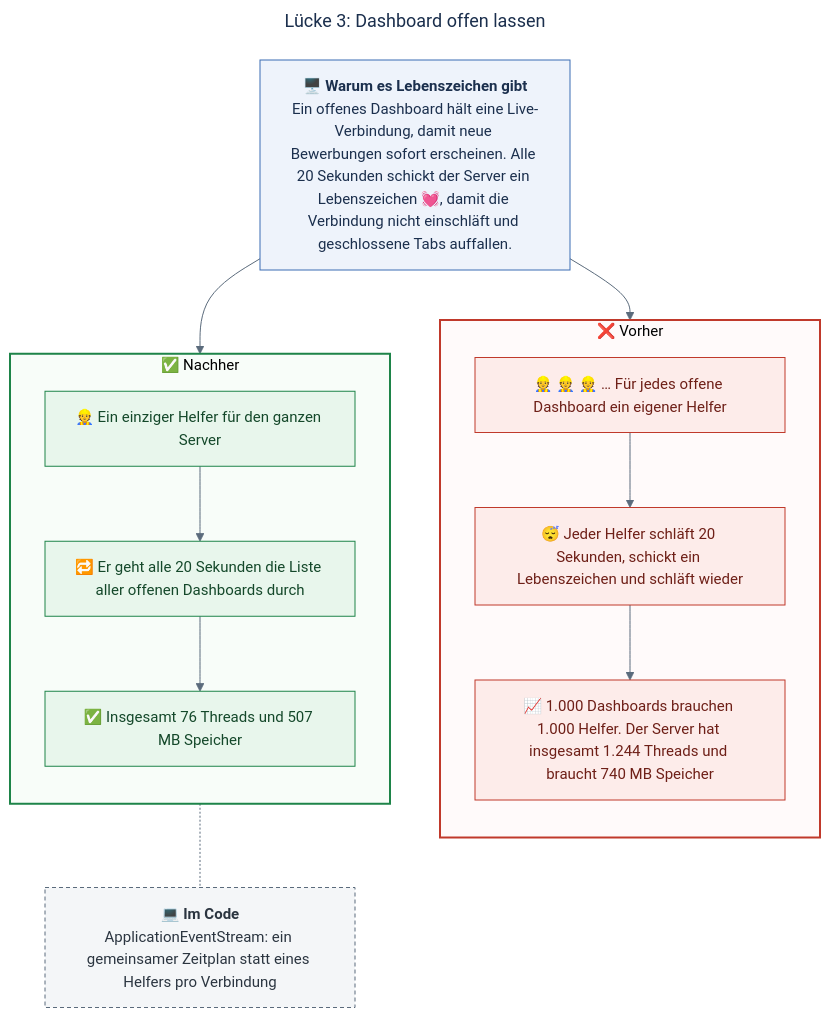
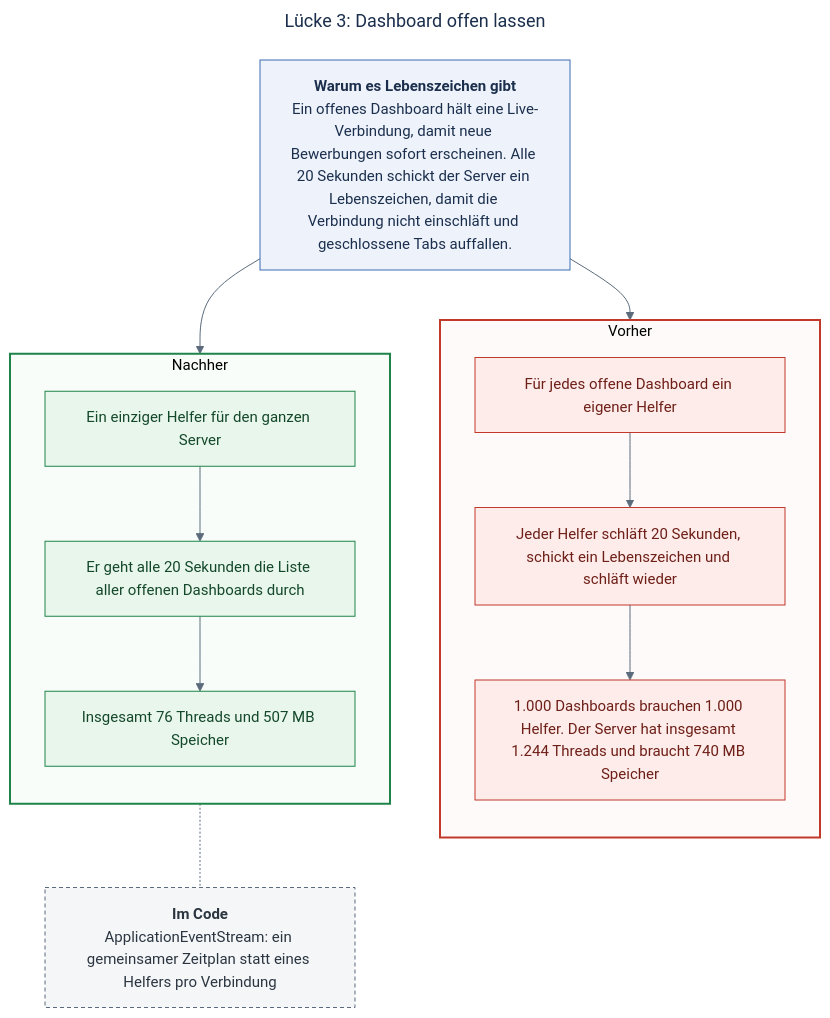
One commit to kamalshekho/design-thinking-workshop changed the fifth of 5 diagrams in load-test/RESULTS.md. Above: the diagram before and after it, drawn with Mermaid. The commit also changed other lines of this file, not shown here.

Commit message:
docs(load-test): drop the icons from the diagrams

````diff
--- a/load-test/RESULTS.md
+++ b/load-test/RESULTS.md
@@ -331,44 +331,44 @@
 ```mermaid
 ---
 title: "Lücke 3: Dashboard offen lassen"
 config:
   theme: base
   themeVariables:
     fontSize: "15px"
     primaryColor: "#eef3fb"
     primaryBorderColor: "#3b6db3"
     primaryTextColor: "#1b2f4d"
     lineColor: "#5b6b7c"
     edgeLabelBackground: "#ffffff"
     clusterBkg: "#ffffff"
   flowchart:
     wrappingWidth: 250
     curve: basis
 ---
 flowchart TB
     %% Why the check exists, what went wrong, what changed, where it lives.
-    why["🖥️ <b>Warum es Lebenszeichen gibt</b><br/>Ein offenes Dashboard hält eine Live-Verbindung, damit neue Bewerbungen sofort erscheinen. Alle 20 Sekunden schickt der Server ein Lebenszeichen 💓, damit die Verbindung nicht einschläft und geschlossene Tabs auffallen."]
-    subgraph before["❌ Vorher"]
+    why["<b>Warum es Lebenszeichen gibt</b><br/>Ein offenes Dashboard hält eine Live-Verbindung, damit neue Bewerbungen sofort erscheinen. Alle 20 Sekunden schickt der Server ein Lebenszeichen, damit die Verbindung nicht einschläft und geschlossene Tabs auffallen."]
+    subgraph before["Vorher"]
         direction TB
-        b1["👷 👷 👷 … Für jedes offene Dashboard ein eigener Helfer"] --> b2["😴 Jeder Helfer schläft 20 Sekunden, schickt ein Lebenszeichen und schläft wieder"] --> b3["📈 1.000 Dashboards brauchen 1.000 Helfer. Der Server hat insgesamt 1.244 Threads und braucht 740 MB Speicher"]
+        b1["Für jedes offene Dashboard ein eigener Helfer"] --> b2["Jeder Helfer schläft 20 Sekunden, schickt ein Lebenszeichen und schläft wieder"] --> b3["1.000 Dashboards brauchen 1.000 Helfer. Der Server hat insgesamt 1.244 Threads und braucht 740 MB Speicher"]
     end
-    subgraph after["✅ Nachher"]
+    subgraph after["Nachher"]
         direction TB
-        a1["👷 Ein einziger Helfer für den ganzen Server"] --> a2["🔁 Er geht alle 20 Sekunden die Liste aller offenen Dashboards durch"] --> a3["✅ Insgesamt 76 Threads und 507 MB Speicher"]
+        a1["Ein einziger Helfer für den ganzen Server"] --> a2["Er geht alle 20 Sekunden die Liste aller offenen Dashboards durch"] --> a3["Insgesamt 76 Threads und 507 MB Speicher"]
     end
-    code["💻 <b>Im Code</b><br/>ApplicationEventStream: ein gemeinsamer Zeitplan statt eines Helfers pro Verbindung"]
+    code["<b>Im Code</b><br/>ApplicationEventStream: ein gemeinsamer Zeitplan statt eines Helfers pro Verbindung"]
     why --> before
     why --> after
     after -.- code
 
     classDef why fill:#eef3fb,stroke:#3b6db3,color:#1b2f4d
     classDef bad fill:#fdecea,stroke:#c0392b,color:#6e1f17
     classDef good fill:#e8f6ec,stroke:#1e8449,color:#14482a
     classDef code fill:#f4f6f8,stroke:#5b6b7c,color:#2b3540,stroke-dasharray:4 3
     class why why
     class b1,b2,b3 bad
     class a1,a2,a3 good
     class code code
     style before fill:#fffafa,stroke:#c0392b,stroke-width:2px
     style after fill:#f8fdf9,stroke:#1e8449,stroke-width:2px
 ```
````
